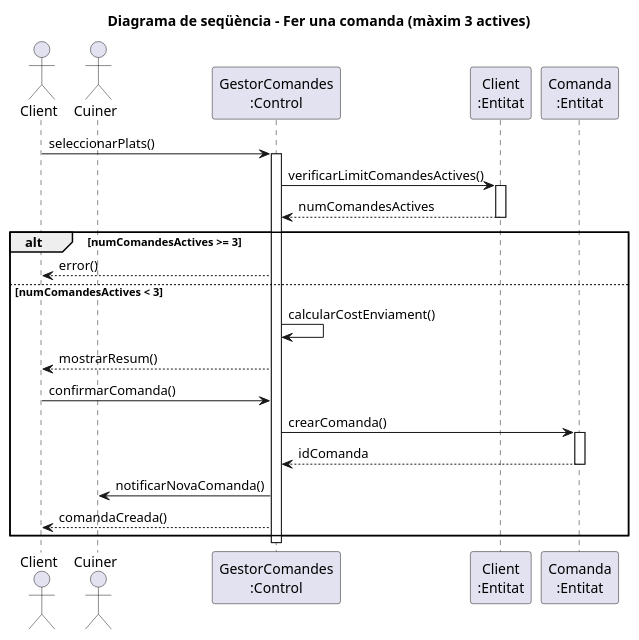
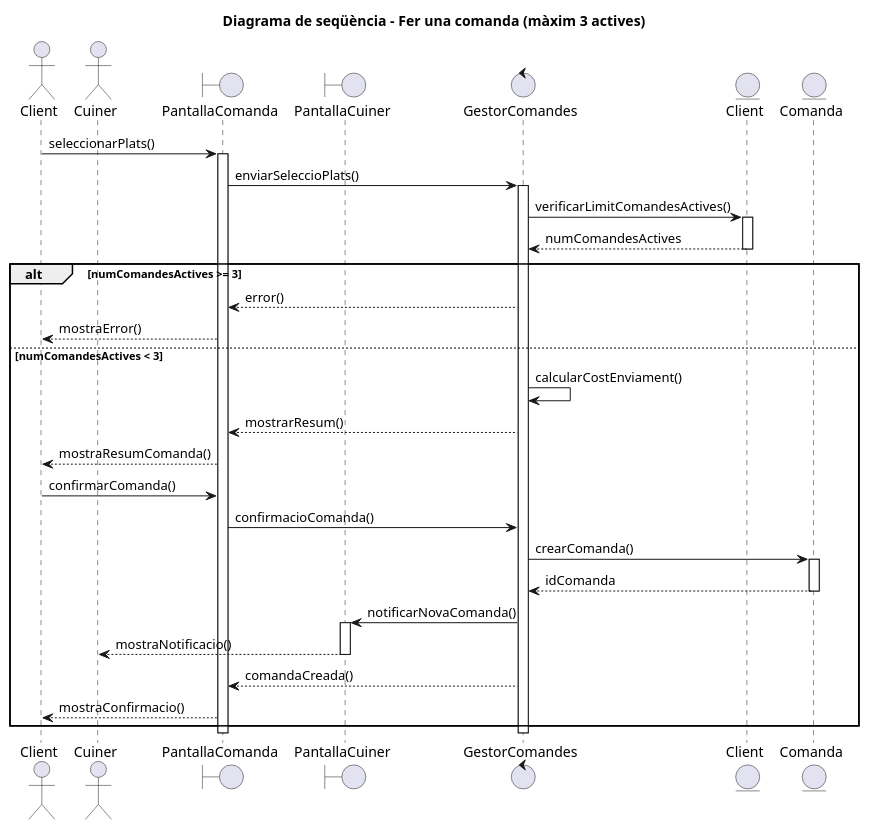
Before and after one commit to enricalv03/ES23UAB-411-08: the diagram in diagrames/sequencia/casos/client/fer-comanda.puml, drawn with PlantUML.

```diff
--- a/diagrames/sequencia/casos/client/fer-comanda.puml
+++ b/diagrames/sequencia/casos/client/fer-comanda.puml
@@ -1,34 +1,51 @@
 @startuml
-title Diagrama de seqüència - Fer una comanda (màxim 3 actives)
+title Diagrama de seqüència - Fer una comanda (màxim 3 actives)  
 
 actor Client
 actor Cuiner
 
-participant "GestorComandes\n:Control" as Gestor
-participant "Client\n:Entitat" as ClientEntitat
-participant "Comanda\n:Entitat" as ComandaEntitat
+boundary "PantallaComanda" as PantallaClient
+boundary "PantallaCuiner" as PantallaCuiner
+control "GestorComandes" as Gestor
+entity "Client" as ClientEntitat
+entity "Comanda" as ComandaEntitat
 
-Client -> Gestor: seleccionarPlats()
+Client -> PantallaClient: seleccionarPlats()
+activate PantallaClient
+
+PantallaClient -> Gestor: enviarSeleccioPlats()
 activate Gestor
 
 Gestor -> ClientEntitat: verificarLimitComandesActives()
 activate ClientEntitat
 ClientEntitat --> Gestor: numComandesActives
 deactivate ClientEntitat
 
 alt numComandesActives >= 3
-    Gestor --> Client: error()
+    Gestor --> PantallaClient: error()
+    PantallaClient --> Client: mostraError()
 else numComandesActives < 3
     Gestor -> Gestor: calcularCostEnviament()
-    Gestor --> Client: mostrarResum()
-    Client -> Gestor: confirmarComanda()
+    Gestor --> PantallaClient: mostrarResum()
+    PantallaClient --> Client: mostraResumComanda()
+    
+    Client -> PantallaClient: confirmarComanda()
+    PantallaClient -> Gestor: confirmacioComanda()
+    
     Gestor -> ComandaEntitat: crearComanda()
     activate ComandaEntitat
     ComandaEntitat --> Gestor: idComanda
     deactivate ComandaEntitat
-    Gestor -> Cuiner: notificarNovaComanda()
-    Gestor --> Client: comandaCreada()
+    
+    Gestor -> PantallaCuiner: notificarNovaComanda()
+    activate PantallaCuiner
+    PantallaCuiner --> Cuiner: mostraNotificacio()
+    deactivate PantallaCuiner
+    
+    Gestor --> PantallaClient: comandaCreada()
+    PantallaClient --> Client: mostraConfirmacio()
 end
 
 deactivate Gestor
+deactivate PantallaClient
 @enduml
```
